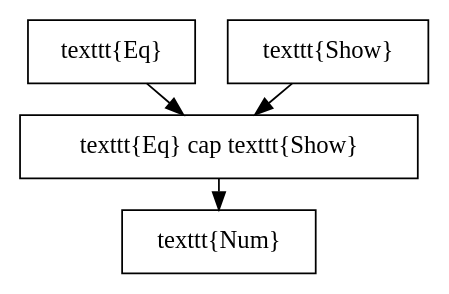
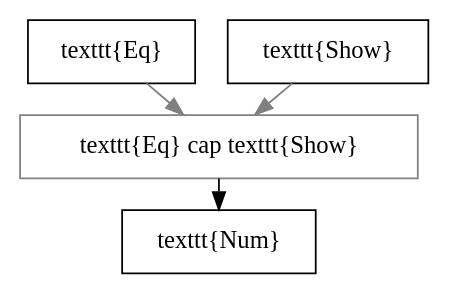
One commit to xkollar/thesis-mgr-2011 changed the diagram in text/diagram/num_intersection.dot. Above: the diagram before and after it, drawn with Graphviz. The commit also changed 7 other files, not shown here.

Commit message:
Diagram colorized accordingly to consultations.

```diff
--- a/text/diagram/num_intersection.dot
+++ b/text/diagram/num_intersection.dot
@@ -1,8 +1,10 @@
 digraph kinds {
 	graph [ranksep=0.25];
 	node [shape=box];
 
-	"\texttt{Eq}" -> "\texttt{Eq} \cap \texttt{Show}";
-	"\texttt{Show}" -> "\texttt{Eq} \cap \texttt{Show}";
+	"\texttt{Eq} \cap \texttt{Show}" [color=gray];
+
+	"\texttt{Eq}" -> "\texttt{Eq} \cap \texttt{Show}" [color=gray];
+	"\texttt{Show}" -> "\texttt{Eq} \cap \texttt{Show}" [color=gray];
 	"\texttt{Eq} \cap \texttt{Show}" -> "\texttt{Num}";
 }
```
